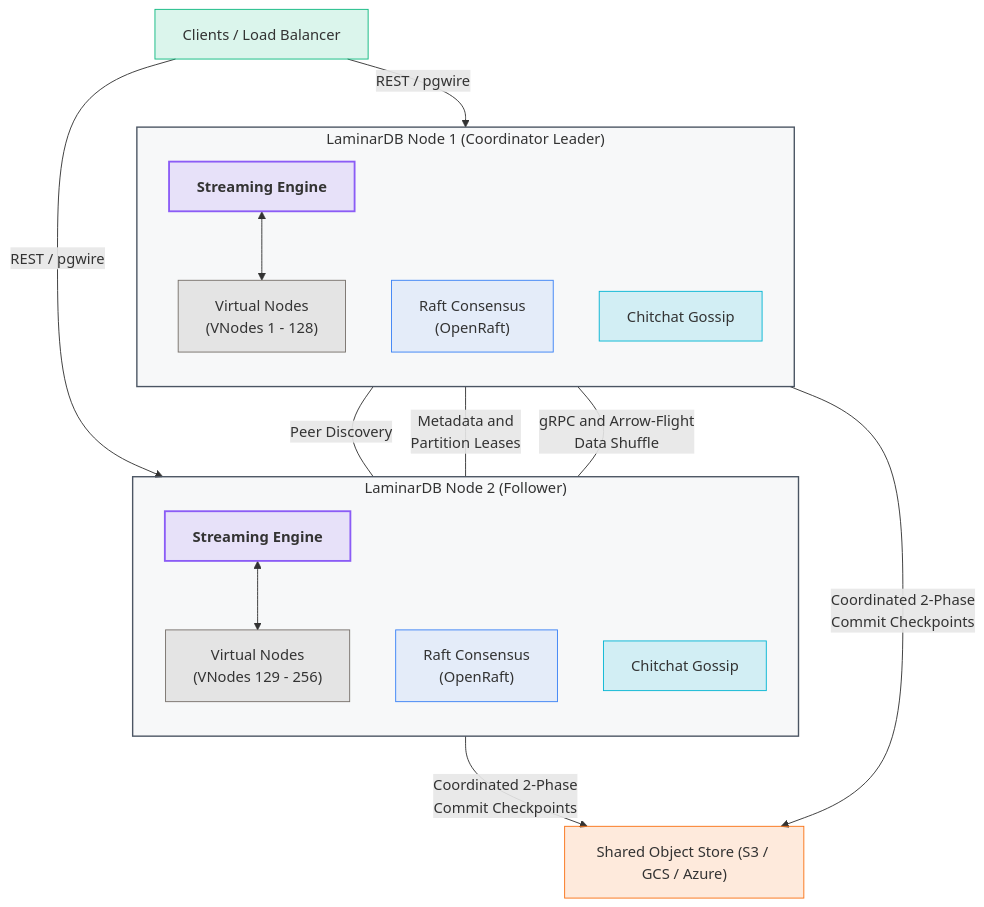
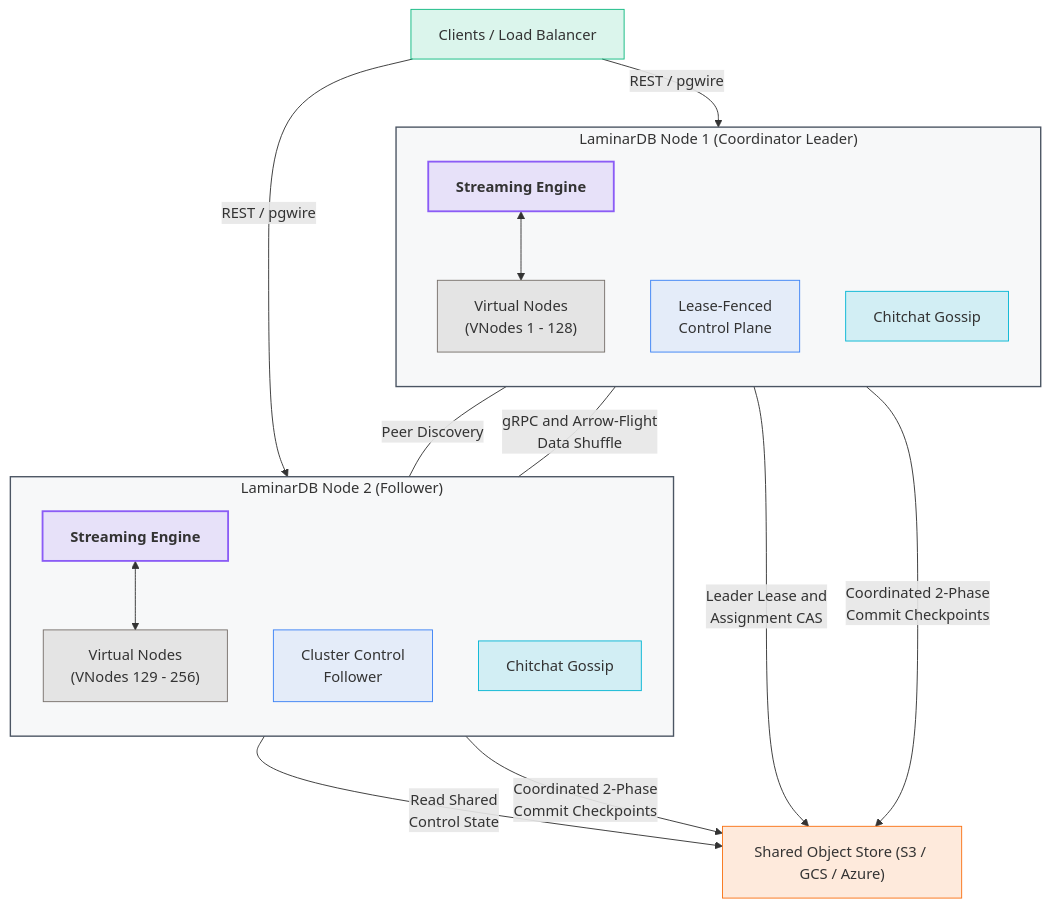
The fourth of 5 diagrams in README.md (laminardb/laminardb), drawn with Mermaid before and after one commit. The commit also changed other lines of this file and 75 other files, not shown here.

````diff
--- a/README.md
+++ b/README.md
@@ -578,45 +572,46 @@
 ```mermaid
 graph TD
     classDef clientClass fill:#10b981,fill-opacity:0.15,stroke:#10b981,stroke-width:1px;
     classDef engineClass fill:#8b5cf6,fill-opacity:0.15,stroke:#8b5cf6,stroke-width:2px,font-weight:bold;
-    classDef raftClass fill:#3b82f6,fill-opacity:0.1,stroke:#3b82f6,stroke-width:1px;
+    classDef controlClass fill:#3b82f6,fill-opacity:0.1,stroke:#3b82f6,stroke-width:1px;
     classDef gossipClass fill:#06b6d4,fill-opacity:0.15,stroke:#06b6d4,stroke-width:1px;
     classDef vnodeClass fill:#78716c,fill-opacity:0.15,stroke:#78716c,stroke-width:1px;
     classDef storageClass fill:#f97316,fill-opacity:0.15,stroke:#f97316,stroke-width:1px;
 
     Client["Clients / Load Balancer"]:::clientClass
     
     subgraph Node1["LaminarDB Node 1 (Coordinator Leader)"]
         direction TB
         E1["Streaming Engine"]:::engineClass
-        Raft1["Raft Consensus<br/>(OpenRaft)"]:::raftClass
+        Control1["Lease-Fenced<br/>Control Plane"]:::controlClass
         Gossip1["Chitchat Gossip"]:::gossipClass
         VNodes1["Virtual Nodes<br/>(VNodes 1 - 128)"]:::vnodeClass
         E1 <--> VNodes1
     end
 
     subgraph Node2["LaminarDB Node 2 (Follower)"]
         direction TB
         E2["Streaming Engine"]:::engineClass
-        Raft2["Raft Consensus<br/>(OpenRaft)"]:::raftClass
+        Control2["Cluster Control<br/>Follower"]:::controlClass
         Gossip2["Chitchat Gossip"]:::gossipClass
         VNodes2["Virtual Nodes<br/>(VNodes 129 - 256)"]:::vnodeClass
         E2 <--> VNodes2
     end
 
     %% Client Operations
     Client -->|"REST / pgwire"| Node1
     Client -->|"REST / pgwire"| Node2
 
     %% Node Communication
     Gossip1 ---|"Peer Discovery"| Gossip2
-    Raft1 ---|"Metadata and<br/>Partition Leases"| Raft2
     E1 ---|"gRPC and Arrow-Flight<br/>Data Shuffle"| E2
 
     %% Distributed Durability
-    Node1 -->|"Coordinated 2-Phase<br/>Commit Checkpoints"| SharedStore["Shared Object Store (S3 / GCS / Azure)"]:::storageClass
+    Control1 -->|"Leader Lease and<br/>Assignment CAS"| SharedStore["Shared Object Store (S3 / GCS / Azure)"]:::storageClass
+    Control2 -->|"Read Shared<br/>Control State"| SharedStore
+    Node1 -->|"Coordinated 2-Phase<br/>Commit Checkpoints"| SharedStore
     Node2 -->|"Coordinated 2-Phase<br/>Commit Checkpoints"| SharedStore:::storageClass
 
     style Node1 fill:#6b7280,fill-opacity:0.05,stroke:#4b5563,stroke-width:1.5px
     style Node2 fill:#6b7280,fill-opacity:0.05,stroke:#4b5563,stroke-width:1.5px
 ```
````
